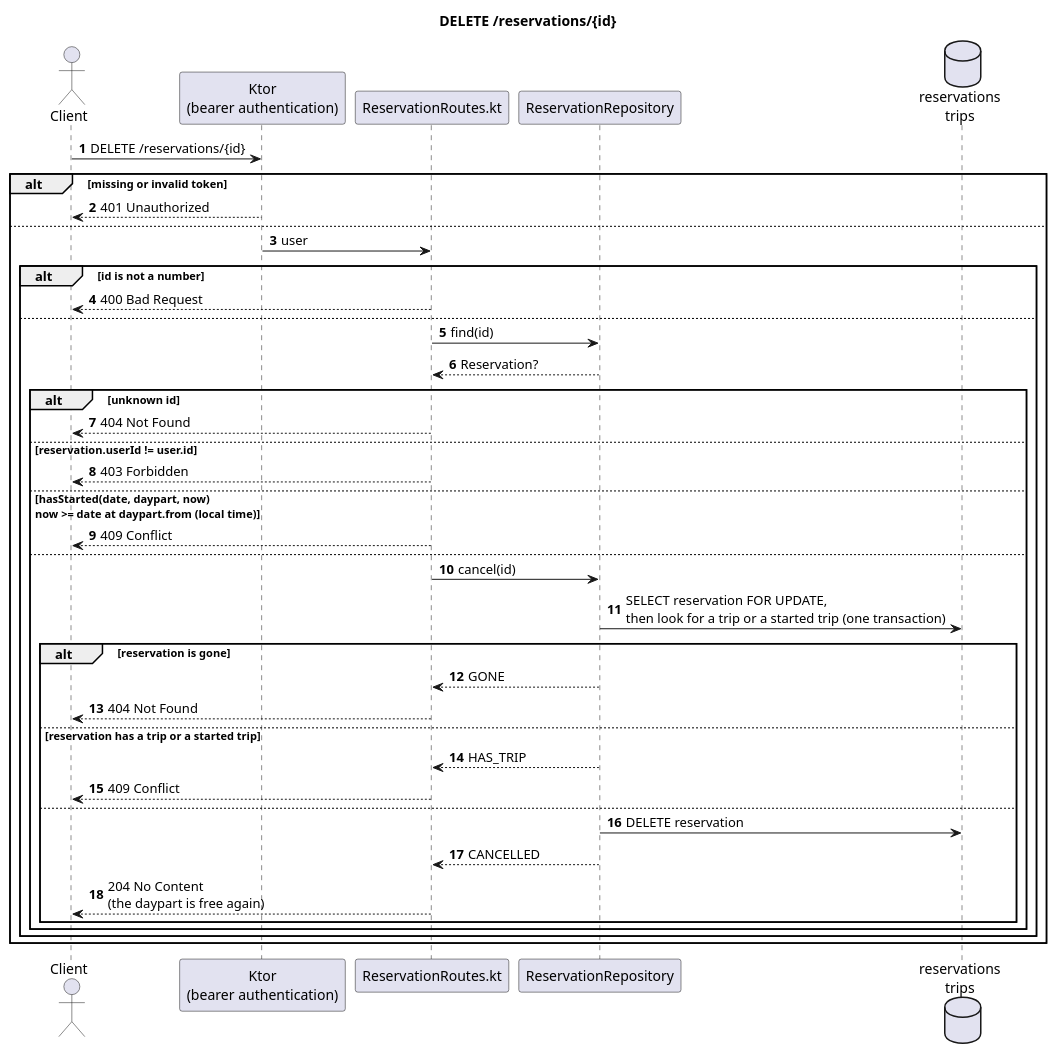
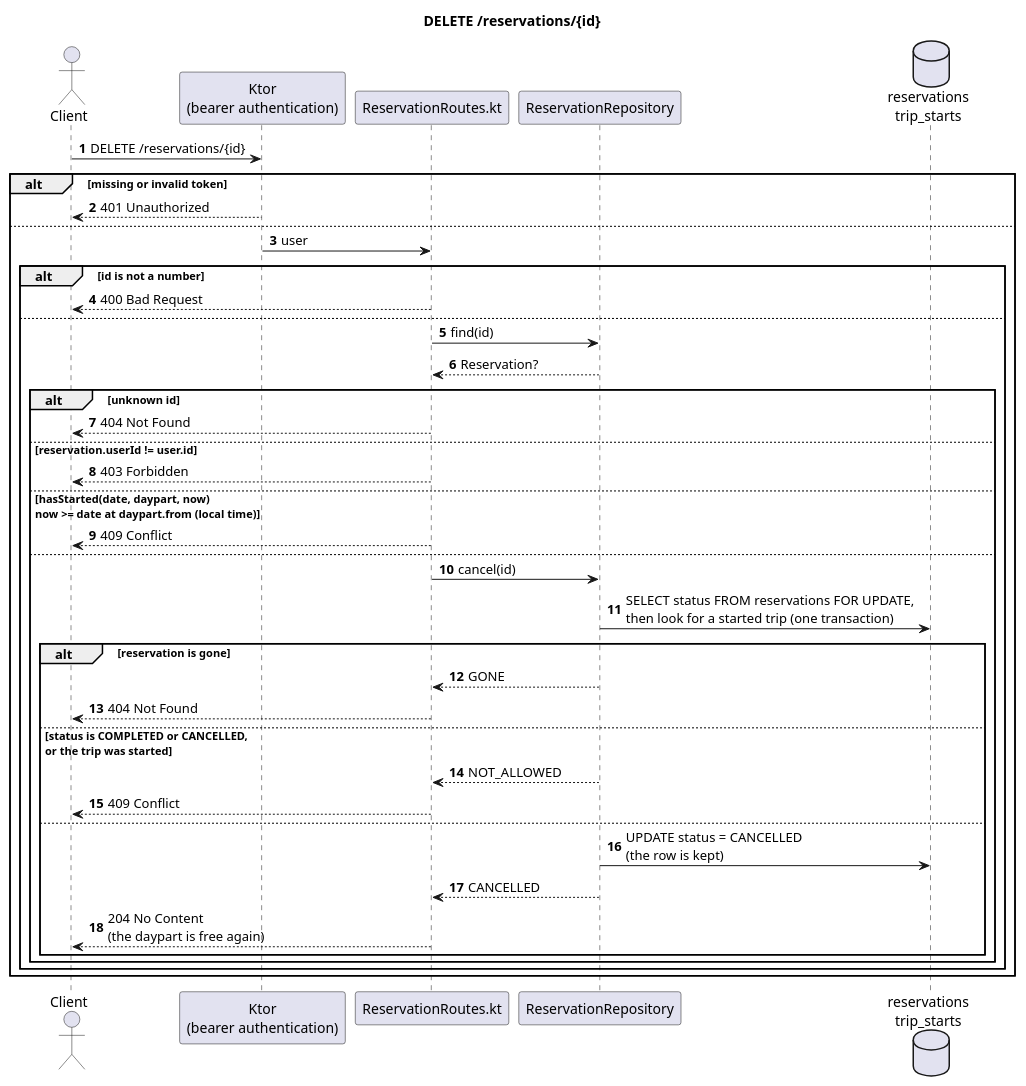
One commit to Rent-a-car-38291/rent-a-car changed the diagram in docs/diagrams/sequence-cancel-reservation.puml. Above: the diagram before and after it, drawn with PlantUML. The commit also changed 25 other files, not shown here.

First line of the commit message:
feat: give a reservation a status and list your reservations (#120)

```diff
--- a/docs/diagrams/sequence-cancel-reservation.puml
+++ b/docs/diagrams/sequence-cancel-reservation.puml
@@ -1,45 +1,45 @@
 @startuml
 title DELETE /reservations/{id}
 autonumber
 
 actor Client
 participant "Ktor\n(bearer authentication)" as Auth
 participant "ReservationRoutes.kt" as Route
 participant "ReservationRepository" as Repo
-database "reservations\ntrips" as Db
+database "reservations\ntrip_starts" as Db
 
 Client -> Auth : DELETE /reservations/{id}
 alt missing or invalid token
   Auth --> Client : 401 Unauthorized
 else
   Auth -> Route : user
   alt id is not a number
     Route --> Client : 400 Bad Request
   else
     Route -> Repo : find(id)
     Repo --> Route : Reservation?
     alt unknown id
       Route --> Client : 404 Not Found
     else reservation.userId != user.id
       Route --> Client : 403 Forbidden
     else hasStarted(date, daypart, now)\nnow >= date at daypart.from (local time)
       Route --> Client : 409 Conflict
     else
       Route -> Repo : cancel(id)
-      Repo -> Db : SELECT reservation FOR UPDATE,\nthen look for a trip or a started trip (one transaction)
+      Repo -> Db : SELECT status FROM reservations FOR UPDATE,\nthen look for a started trip (one transaction)
       alt reservation is gone
         Repo --> Route : GONE
         Route --> Client : 404 Not Found
-      else reservation has a trip or a started trip
-        Repo --> Route : HAS_TRIP
+      else status is COMPLETED or CANCELLED,\nor the trip was started
+        Repo --> Route : NOT_ALLOWED
         Route --> Client : 409 Conflict
       else
-        Repo -> Db : DELETE reservation
+        Repo -> Db : UPDATE status = CANCELLED\n(the row is kept)
         Repo --> Route : CANCELLED
         Route --> Client : 204 No Content\n(the daypart is free again)
       end
     end
   end
 end
 
 @enduml
```
